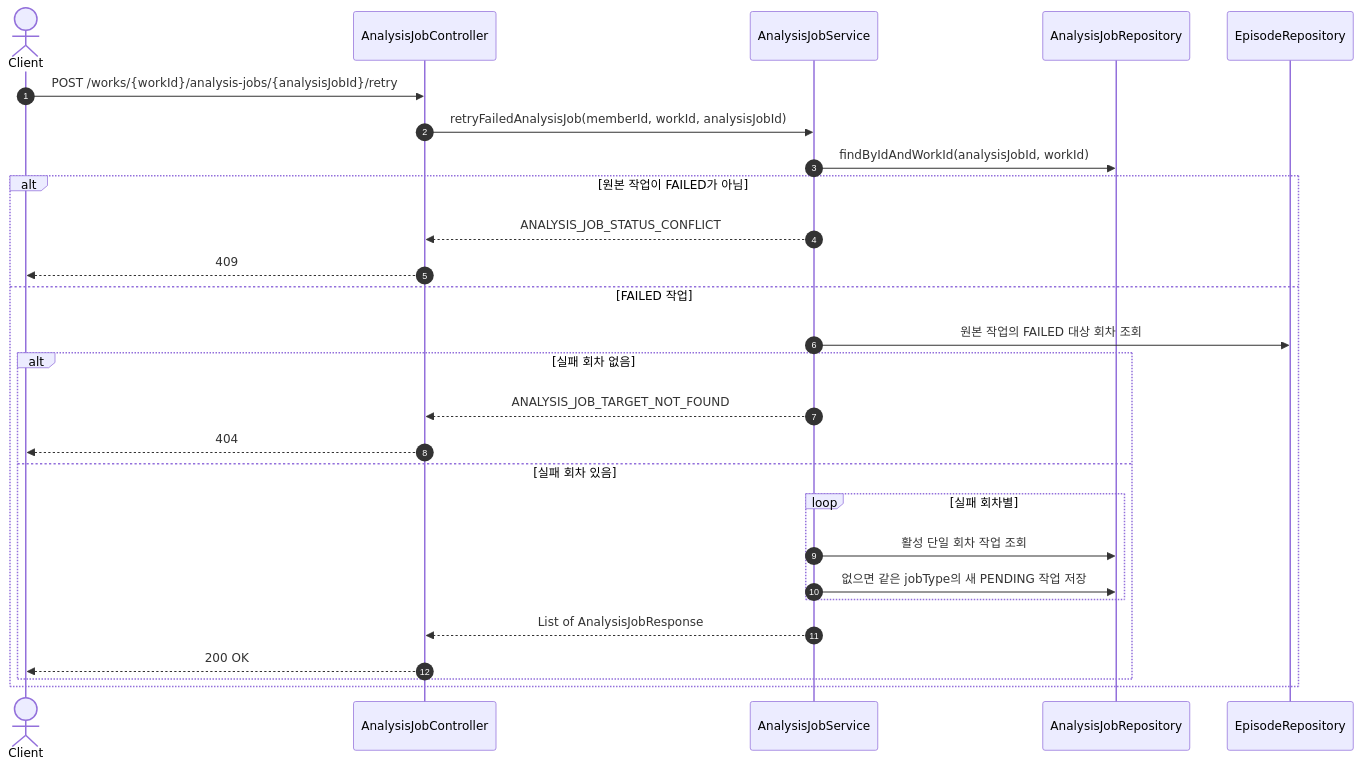
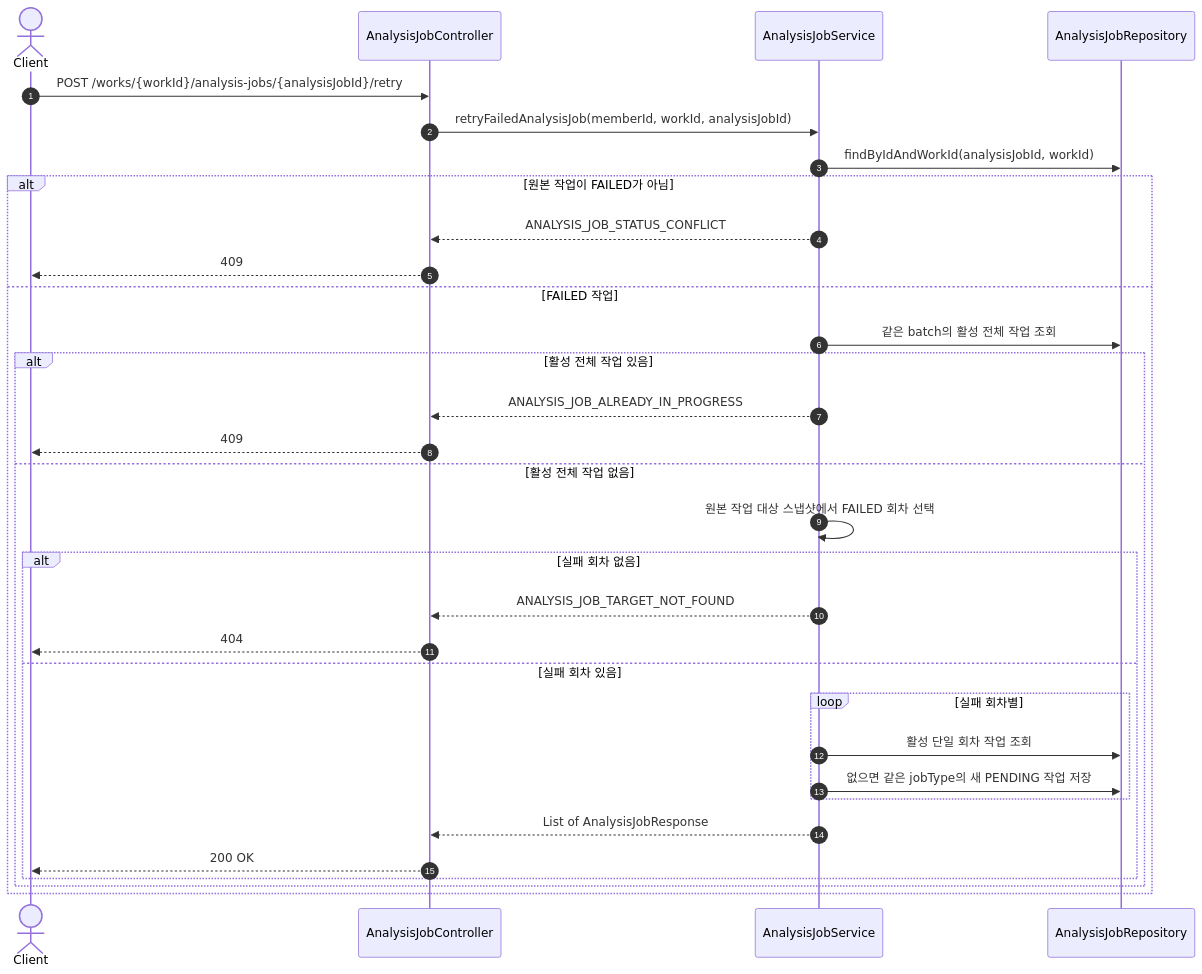
The seventh of 10 diagrams in docs/analysis-workflow.md (catchhole-soma/catchhole-backend-java), drawn with Mermaid before and after one commit. The commit also changed other lines of this file and 8 other files, not shown here.

````diff
--- a/docs/analysis-workflow.md
+++ b/docs/analysis-workflow.md
@@ -216,30 +217,35 @@
 ```mermaid
 sequenceDiagram
     autonumber
     actor Client
     participant Controller as AnalysisJobController
     participant Service as AnalysisJobService
     participant JobRepo as AnalysisJobRepository
-    participant EpisodeRepo as EpisodeRepository
 
     Client->>Controller: POST /works/{workId}/analysis-jobs/{analysisJobId}/retry
     Controller->>Service: retryFailedAnalysisJob(memberId, workId, analysisJobId)
     Service->>JobRepo: findByIdAndWorkId(analysisJobId, workId)
     alt 원본 작업이 FAILED가 아님
         Service-->>Controller: ANALYSIS_JOB_STATUS_CONFLICT
         Controller-->>Client: 409
     else FAILED 작업
-        Service->>EpisodeRepo: 원본 작업의 FAILED 대상 회차 조회
-        alt 실패 회차 없음
-            Service-->>Controller: ANALYSIS_JOB_TARGET_NOT_FOUND
-            Controller-->>Client: 404
-        else 실패 회차 있음
-            loop 실패 회차별
-                Service->>JobRepo: 활성 단일 회차 작업 조회
-                Service->>JobRepo: 없으면 같은 jobType의 새 PENDING 작업 저장
+        Service->>JobRepo: 같은 batch의 활성 전체 작업 조회
+        alt 활성 전체 작업 있음
+            Service-->>Controller: ANALYSIS_JOB_ALREADY_IN_PROGRESS
+            Controller-->>Client: 409
+        else 활성 전체 작업 없음
+            Service->>Service: 원본 작업 대상 스냅샷에서 FAILED 회차 선택
+            alt 실패 회차 없음
+                Service-->>Controller: ANALYSIS_JOB_TARGET_NOT_FOUND
+                Controller-->>Client: 404
+            else 실패 회차 있음
+                loop 실패 회차별
+                    Service->>JobRepo: 활성 단일 회차 작업 조회
+                    Service->>JobRepo: 없으면 같은 jobType의 새 PENDING 작업 저장
+                end
+                Service-->>Controller: List of AnalysisJobResponse
+                Controller-->>Client: 200 OK
             end
-            Service-->>Controller: List of AnalysisJobResponse
-            Controller-->>Client: 200 OK
         end
     end
 ```
````
